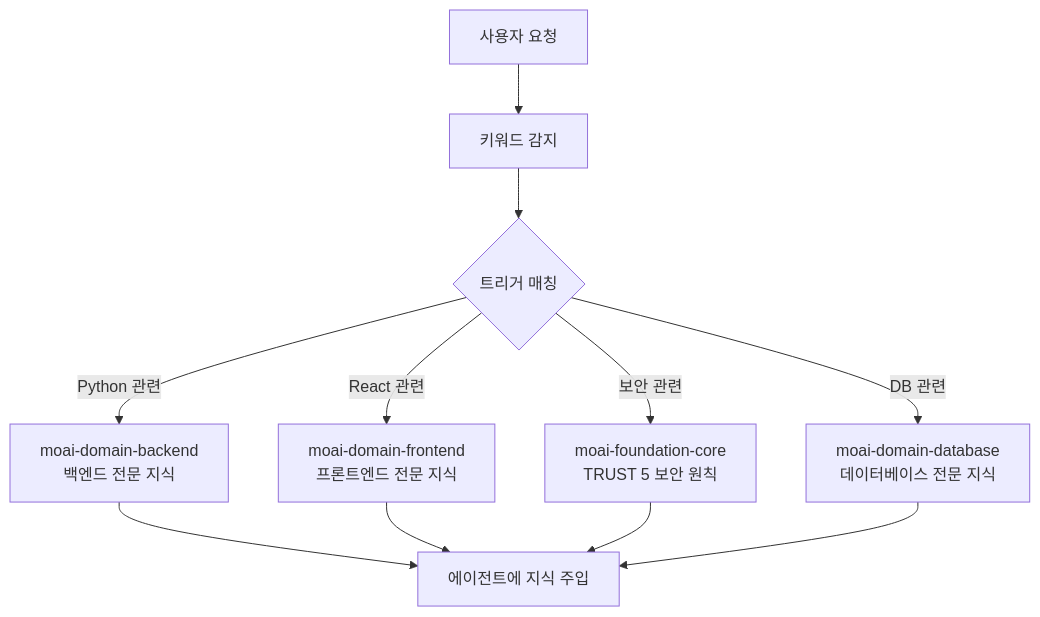
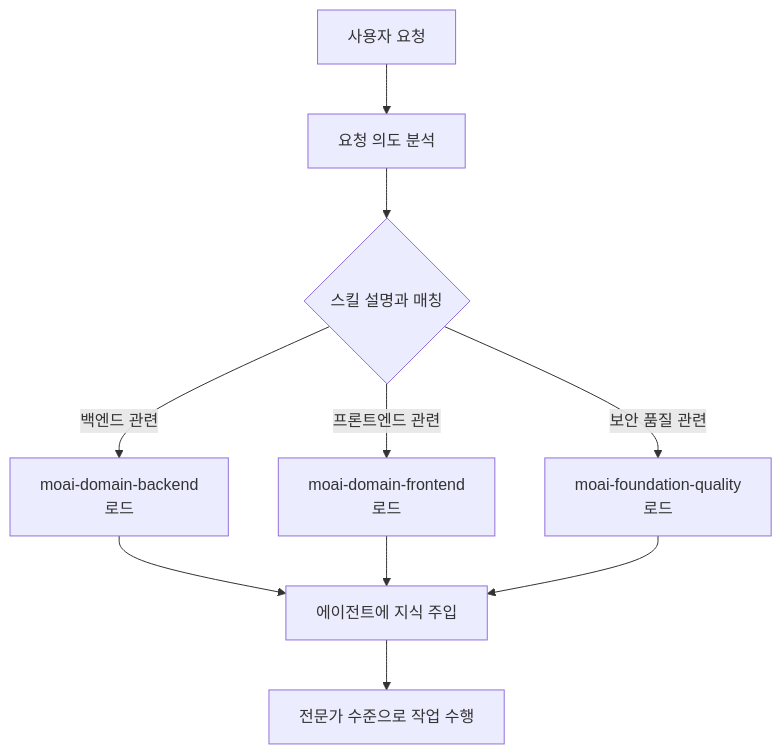
The first of 3 diagrams in docs-site/content/ko/advanced/skill-guide.md (modu-ai/moai-adk), drawn with Mermaid before and after one commit. The commit also changed other lines of this file and 7 other files, not shown here.

````diff
--- a/docs-site/content/ko/advanced/skill-guide.md
+++ b/docs-site/content/ko/advanced/skill-guide.md
@@ -42,14 +44,12 @@
 ```mermaid
 flowchart TD
-    USER[사용자 요청] --> DETECT[키워드 감지]
-    DETECT --> TRIGGER{트리거 매칭}
-    TRIGGER -->|Python 관련| PY["moai-domain-backend<br>백엔드 전문 지식"]
-    TRIGGER -->|React 관련| FE["moai-domain-frontend<br>프론트엔드 전문 지식"]
-    TRIGGER -->|보안 관련| SEC["moai-foundation-core<br>TRUST 5 보안 원칙"]
-    TRIGGER -->|DB 관련| DB["moai-domain-database<br>데이터베이스 전문 지식"]
-
-    PY --> AGENT[에이전트에 지식 주입]
-    FE --> AGENT
-    SEC --> AGENT
-    DB --> AGENT
+    REQ[사용자 요청] --> AN[요청 의도 분석]
+    AN --> MATCH{스킬 설명과 매칭}
+    MATCH -->|백엔드 관련| BE["moai-domain-backend<br/>로드"]
+    MATCH -->|프론트엔드 관련| FE["moai-domain-frontend<br/>로드"]
+    MATCH -->|보안 품질 관련| SEC["moai-foundation-quality<br/>로드"]
+    BE --> INJ[에이전트에 지식 주입]
+    FE --> INJ
+    SEC --> INJ
+    INJ --> WORK[전문가 수준으로 작업 수행]
 ```
````
